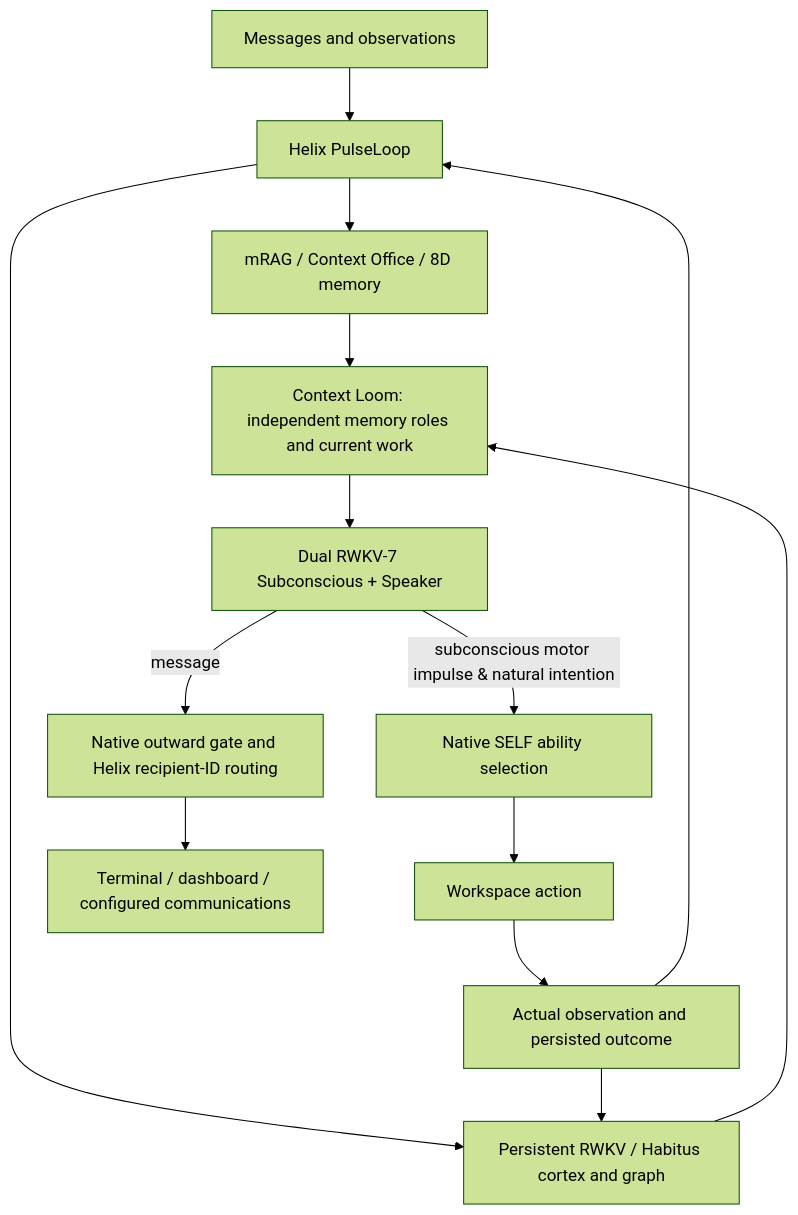
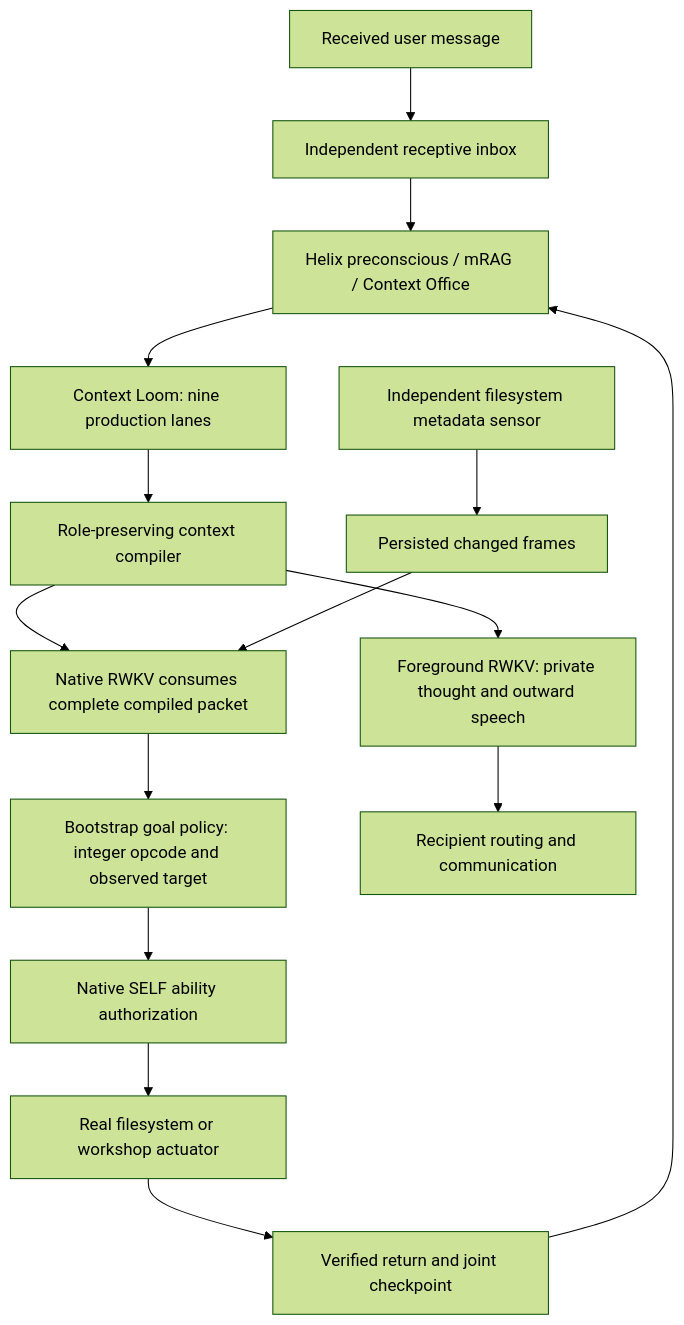
Before and after one commit to agent-memory-atlas-archive/munch2u-a11y--Helix-AGI: the diagram in README.md, drawn with Mermaid (forest theme). The commit also changed other lines of this file and 138 other files, not shown here.

Commit message:
feat: make native body operational and document current runtime

````diff
--- a/README.md
+++ b/README.md
@@ -59,16 +95,17 @@
 ```mermaid
 flowchart TD
-    Input[Messages and observations] --> Pulse[Helix PulseLoop]
-    Pulse --> HelixMemory[mRAG / Context Office / 8D memory]
-    Pulse --> Native[Persistent RWKV / Habitus cortex and graph]
-    HelixMemory --> Context[Context Loom: independent memory roles and current work]
-    Native --> Context
-    Context --> DualRWKV[Dual RWKV-7 Subconscious + Speaker]
-    DualRWKV -->|subconscious motor impulse & natural intention| Authorization[Native SELF ability selection]
-    Authorization --> Body[Workspace action]
-    Body --> Return[Actual observation and persisted outcome]
-    Return --> Pulse
-    Return --> Native
-    DualRWKV -->|message| Direction[Native outward gate and Helix recipient-ID routing]
-    Direction --> Channel[Terminal / dashboard / configured communications]
+    User[Received user message] --> Inbox[Independent receptive inbox]
+    Inbox --> Memory[Helix preconscious / mRAG / Context Office]
+    Memory --> Loom[Context Loom: nine production lanes]
+    Loom --> Compiler[Role-preserving context compiler]
+    Compiler --> Admission[Native RWKV consumes complete compiled packet]
+    Admission --> Motor[Bootstrap goal policy: integer opcode and observed target]
+    Motor --> Self[Native SELF ability authorization]
+    Self --> Body[Real filesystem or workshop actuator]
+    Body --> Return[Verified return and joint checkpoint]
+    Return --> Memory
+    Compiler --> Speech[Foreground RWKV: private thought and outward speech]
+    Speech --> Channel[Recipient routing and communication]
+    Sensor[Independent filesystem metadata sensor] --> Intake[Persisted changed frames]
+    Intake --> Admission
 ```
````
